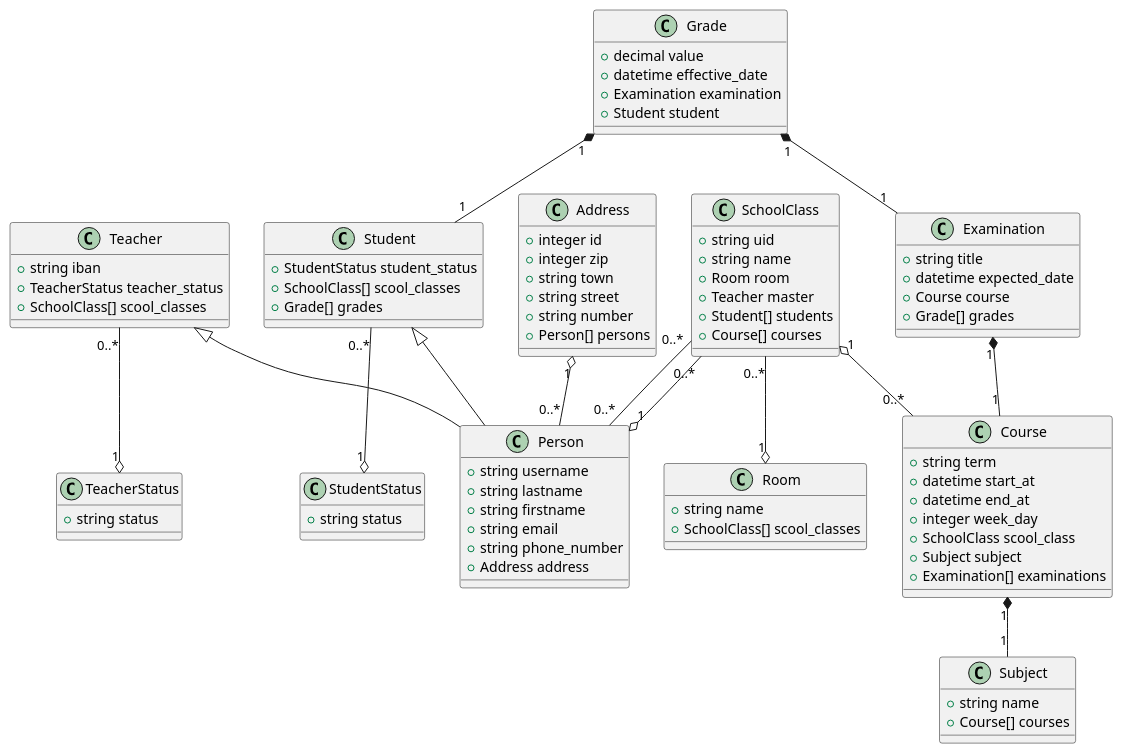
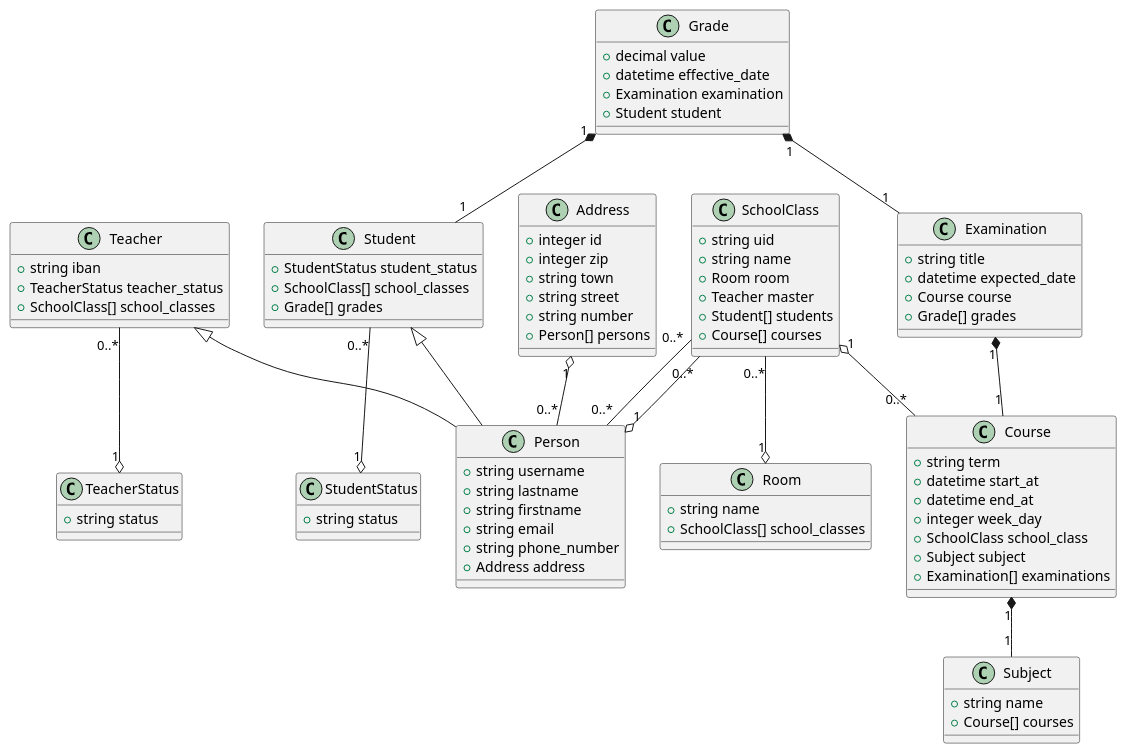
Before and after one commit to EliottJaquierEdu/ROR: the diagram in doc/class-diagram.puml, drawn with PlantUML.

Commit message:
Fix typos in class diagram and update associations

```diff
--- a/doc/class-diagram.puml
+++ b/doc/class-diagram.puml
@@ -1,99 +1,99 @@
 @startuml
 
 class Address {
   +integer id
   +integer zip
   +string town
   +string street
   +string number
   +Person[] persons
 }
 
 class Person {
   +string username
   +string lastname
   +string firstname
   +string email
   +string phone_number
   +Address address
 }
 
 class Teacher {
   +string iban
   +TeacherStatus teacher_status
-  +SchoolClass[] scool_classes
+  +SchoolClass[] school_classes
 }
 
 class Student {
   +StudentStatus student_status
-  +SchoolClass[] scool_classes
+  +SchoolClass[] school_classes
   +Grade[] grades
 }
 
 class SchoolClass {
   +string uid
   +string name
   +Room room
   +Teacher master
   +Student[] students
   +Course[] courses
 }
 
 class Course {
   +string term
   +datetime start_at
   +datetime end_at
   +integer week_day
-  +SchoolClass scool_class
+  +SchoolClass school_class
   +Subject subject
   +Examination[] examinations
 }
 
 class Subject {
   +string name
   +Course[] courses
 }
 
 class Examination {
   +string title
   +datetime expected_date
   +Course course
   +Grade[] grades
 }
 
 class Grade {
   +decimal value
   +datetime effective_date
   +Examination examination
   +Student student
 }
 
 class Room {
   +string name
-  +SchoolClass[] scool_classes
+  +SchoolClass[] school_classes
 }
 
 class TeacherStatus {
   +string status
 }
 
 class StudentStatus {
   +string status
 }
 
 Address "1" o-- "0..*" Person
 Teacher "0..*" --o "1" TeacherStatus
 Student "0..*" --o "1" StudentStatus
 SchoolClass "0..*" -- "0..*" Person
 SchoolClass "0..*" --o "1" Room
 SchoolClass "0..*" --o "1" Person
 SchoolClass "1" o-- "0..*" Course
 Course "1" *-- "1" Subject
 Examination "1" *-- "1" Course
 Grade "1" *-- "1" Examination
 Grade "1" *-- "1" Student
 
 Teacher <|-- Person
 Student <|-- Person
 
 @enduml
```
